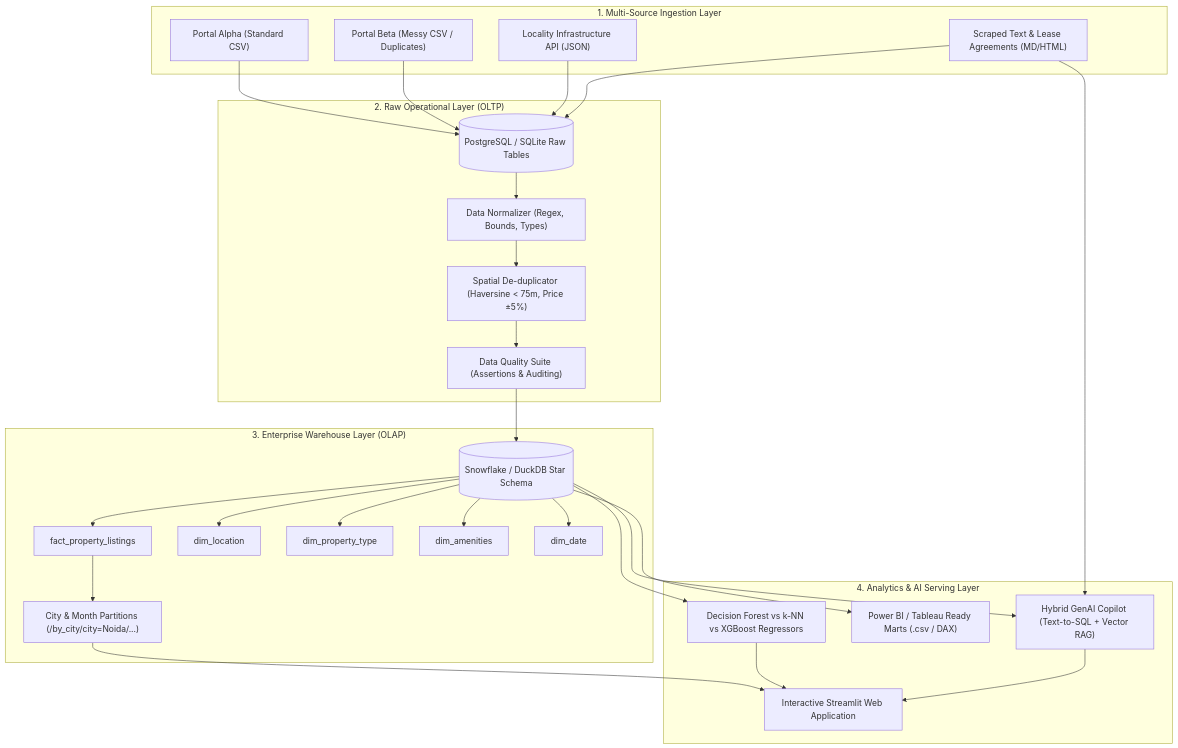
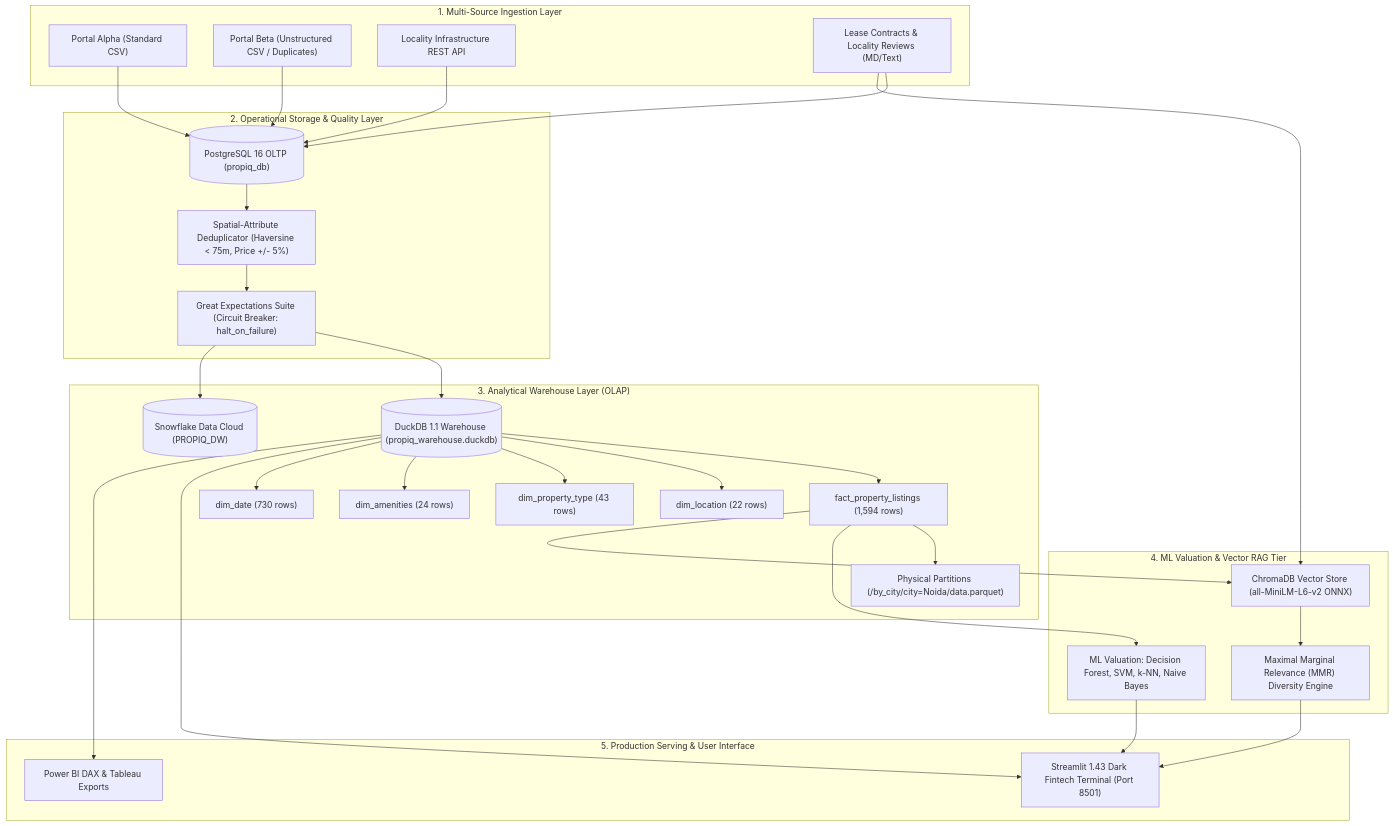
Before and after one commit to mishtisethi12/PropIQ: the diagram in README.md, drawn with Mermaid. The commit also changed other lines of this file, not shown here.

Commit message:
docs: rewrite README with architecture diagram, active tech stack, synthetic data disclosure, and real measured benchmark metrics

````diff
--- a/README.md
+++ b/README.md
@@ -32,43 +10,60 @@
 ```mermaid
 flowchart TD
-    subgraph Data_Sources["1. Multi-Source Ingestion Layer"]
-        S1["Portal Alpha (Standard CSV)"]
-        S2["Portal Beta (Messy CSV / Duplicates)"]
-        S3["Locality Infrastructure API (JSON)"]
-        S4["Scraped Text & Lease Agreements (MD/HTML)"]
+    subgraph S1["1. Multi-Source Ingestion Layer"]
+        CSV_A["Portal Alpha (Standard CSV)"]
+        CSV_B["Portal Beta (Unstructured CSV / Duplicates)"]
+        API_LOC["Locality Infrastructure REST API"]
+        DOCS["Lease Contracts & Locality Reviews (MD/Text)"]
     end
 
-    subgraph Staging_OLTP["2. Raw Operational Layer (OLTP)"]
-        R1[("PostgreSQL / SQLite Raw Tables")]
-        N1["Data Normalizer (Regex, Bounds, Types)"]
-        D1["Spatial De-duplicator (Haversine < 75m, Price ±5%)"]
-        Q1["Data Quality Suite (Assertions & Auditing)"]
+    subgraph S2["2. Operational Storage & Quality Layer"]
+        PG[("PostgreSQL 16 OLTP (propiq_db)")]
+        DEDUP["Spatial-Attribute Deduplicator (Haversine < 75m, Price +/- 5%)"]
+        GX["Great Expectations Suite (Circuit Breaker: halt_on_failure)"]
     end
 
-    subgraph Warehouse_OLAP["3. Enterprise Warehouse Layer (OLAP)"]
-        W1[("Snowflake / DuckDB Star Schema")]
-        F1["fact_property_listings"]
-        D_LOC["dim_location"]
-        D_PROP["dim_property_type"]
-        D_AMEN["dim_amenities"]
-        D_DATE["dim_date"]
-        PART["City & Month Partitions (/by_city/city=Noida/...)"]
+    subgraph S3["3. Analytical Warehouse Layer (OLAP)"]
+        DUCK[("DuckDB 1.1 Warehouse (propiq_warehouse.duckdb)")]
+        SF[("Snowflake Data Cloud (PROPIQ_DW)")]
+        FACT["fact_property_listings (1,594 rows)"]
+        D_LOC["dim_location (22 rows)"]
+        D_PROP["dim_property_type (43 rows)"]
+        D_AMEN["dim_amenities (24 rows)"]
+        D_DATE["dim_date (730 rows)"]
+        PARTS["Physical Partitions (/by_city/city=Noida/data.parquet)"]
     end
 
-    subgraph Analytics_AI["4. Analytics & AI Serving Layer"]
-        ML1["Decision Forest vs k-NN vs XGBoost Regressors"]
-        RAG1["Hybrid GenAI Copilot (Text-to-SQL + Vector RAG)"]
-        UI1["Interactive Streamlit Web Application"]
-        BI1["Power BI / Tableau Ready Marts (.csv / DAX)"]
+    subgraph S4["4. ML Valuation & Vector RAG Tier"]
+        ML_MODELS["ML Valuation: Decision Forest, SVM, k-NN, Naive Bayes"]
+        CHROMA["ChromaDB Vector Store (all-MiniLM-L6-v2 ONNX)"]
+        MMR["Maximal Marginal Relevance (MMR) Diversity Engine"]
     end
 
-    S1 & S2 & S3 & S4 --> R1
-    R1 --> N1 --> D1 --> Q1
-    Q1 --> W1
-    W1 --> F1 & D_LOC & D_PROP & D_AMEN & D_DATE
-    F1 --> PART
-    W1 --> ML1
-    W1 & S4 --> RAG1
-    ML1 & RAG1 & PART --> UI1
-    W1 --> BI1
+    subgraph S5["5. Production Serving & User Interface"]
+        STREAMLIT["Streamlit 1.43 Dark Fintech Terminal (Port 8501)"]
+        BI["Power BI DAX & Tableau Exports"]
+    end
+
+    CSV_A --> PG
+    CSV_B --> PG
+    API_LOC --> PG
+    DOCS --> PG
+    PG --> DEDUP
+    DEDUP --> GX
+    GX --> DUCK
+    GX --> SF
+    DUCK --> FACT
+    DUCK --> D_LOC
+    DUCK --> D_PROP
+    DUCK --> D_AMEN
+    DUCK --> D_DATE
+    FACT --> PARTS
+    FACT --> ML_MODELS
+    DOCS --> CHROMA
+    FACT --> CHROMA
+    CHROMA --> MMR
+    ML_MODELS --> STREAMLIT
+    MMR --> STREAMLIT
+    DUCK --> STREAMLIT
+    DUCK --> BI
 ```
````
